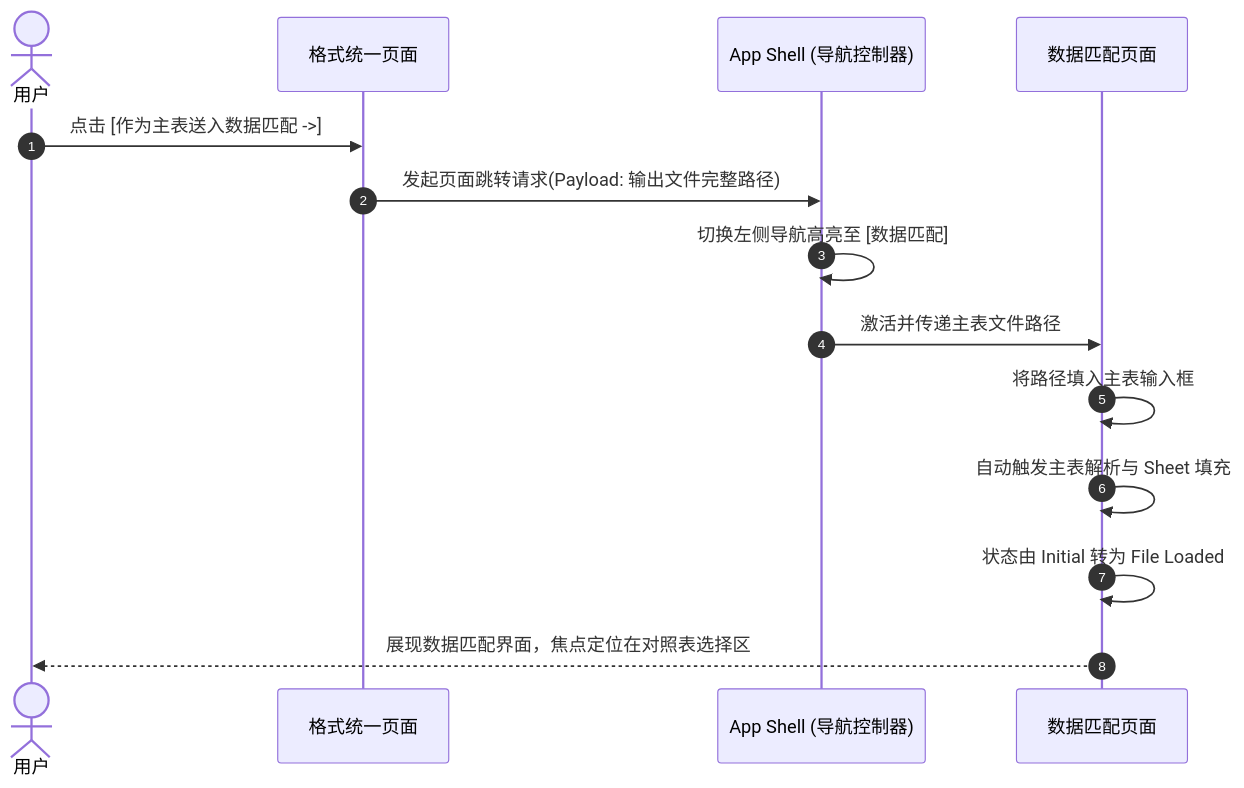
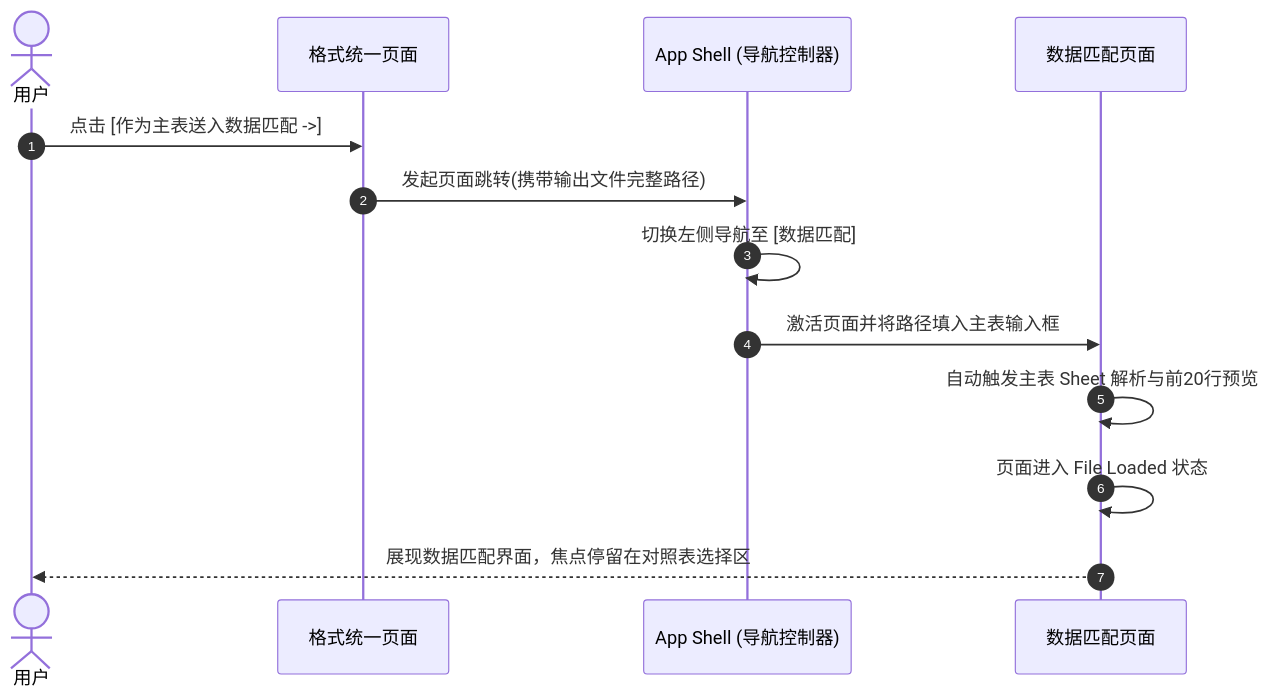
The diagram in docs/ui-spec.md (lzx0215/TabularStudio), drawn with Mermaid before and after one commit. The commit also changed other lines of this file, not shown here.

````diff
--- a/docs/ui-spec.md
+++ b/docs/ui-spec.md
@@ -354,17 +370,16 @@
-   ```mermaid
-   sequenceDiagram
-       autonumber
-       actor User as 用户
-       participant Page1 as 格式统一页面
-       participant Shell as App Shell (导航控制器)
-       participant Page2 as 数据匹配页面
+     ```mermaid
+     sequenceDiagram
+         autonumber
+         actor User as 用户
+         participant Page1 as 格式统一页面
+         participant Shell as App Shell (导航控制器)
+         participant Page2 as 数据匹配页面
 
-       User->>Page1: 点击 [作为主表送入数据匹配 ->]
-       Page1->>Shell: 发起页面跳转请求(Payload: 输出文件完整路径)
-       Shell->>Shell: 切换左侧导航高亮至 [数据匹配]
-       Shell->>Page2: 激活并传递主表文件路径
-       Page2->>Page2: 将路径填入主表输入框
-       Page2->>Page2: 自动触发主表解析与 Sheet 填充
-       Page2->>Page2: 状态由 Initial 转为 File Loaded
-       Page2-->>User: 展现数据匹配界面，焦点定位在对照表选择区
-   ```
+         User->>Page1: 点击 [作为主表送入数据匹配 ->]
+         Page1->>Shell: 发起页面跳转(携带输出文件完整路径)
+         Shell->>Shell: 切换左侧导航至 [数据匹配]
+         Shell->>Page2: 激活页面并将路径填入主表输入框
+         Page2->>Page2: 自动触发主表 Sheet 解析与前20行预览
+         Page2->>Page2: 页面进入 File Loaded 状态
+         Page2-->>User: 展现数据匹配界面，焦点停留在对照表选择区
+     ```
````
